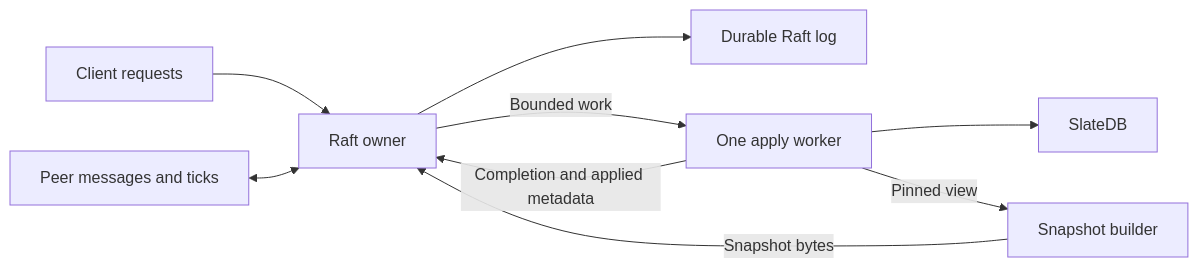
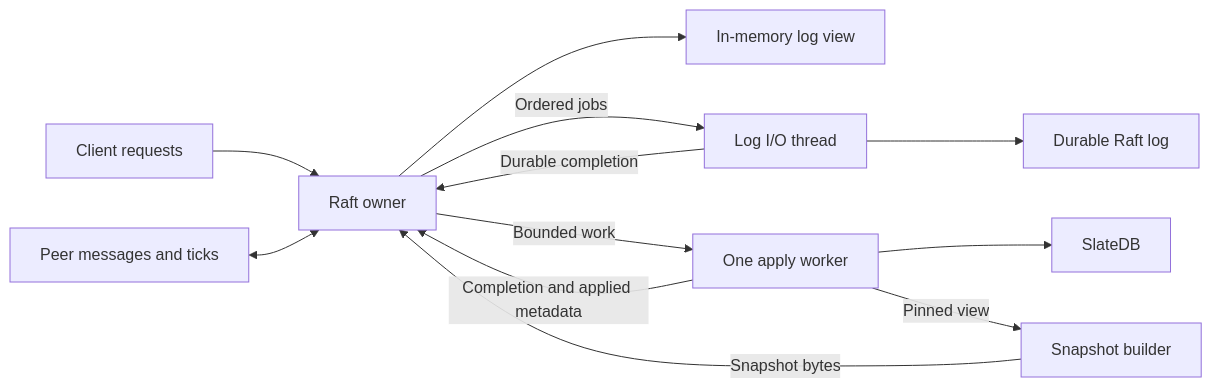
One commit to siddontang/slatedb-etcd changed the second of 2 diagrams in docs/architecture.md. Above: the diagram before and after it, drawn with Mermaid. The commit also changed other lines of this file and 18 other files, not shown here.

First line of the commit message:
Use ReadIndex and separate Raft log I/O (#4)

````diff
--- a/docs/architecture.md
+++ b/docs/architecture.md
@@ -112,11 +114,14 @@
 ```mermaid
 flowchart LR
     RPC[Client requests] --> Raft[Raft owner]
     Peers[Peer messages and ticks] <--> Raft
-    Raft --> Log[Durable Raft log]
+    Raft --> Cache[In-memory log view]
+    Raft -->|Ordered jobs| IO[Log I/O thread]
+    IO --> Log[Durable Raft log]
+    IO -->|Durable completion| Raft
     Raft -->|Bounded work| Apply[One apply worker]
     Apply --> DB[SlateDB]
     Apply -->|Completion and applied metadata| Raft
     Apply -->|Pinned view| Builder[Snapshot builder]
     Builder -->|Snapshot bytes| Raft
 ```
````
